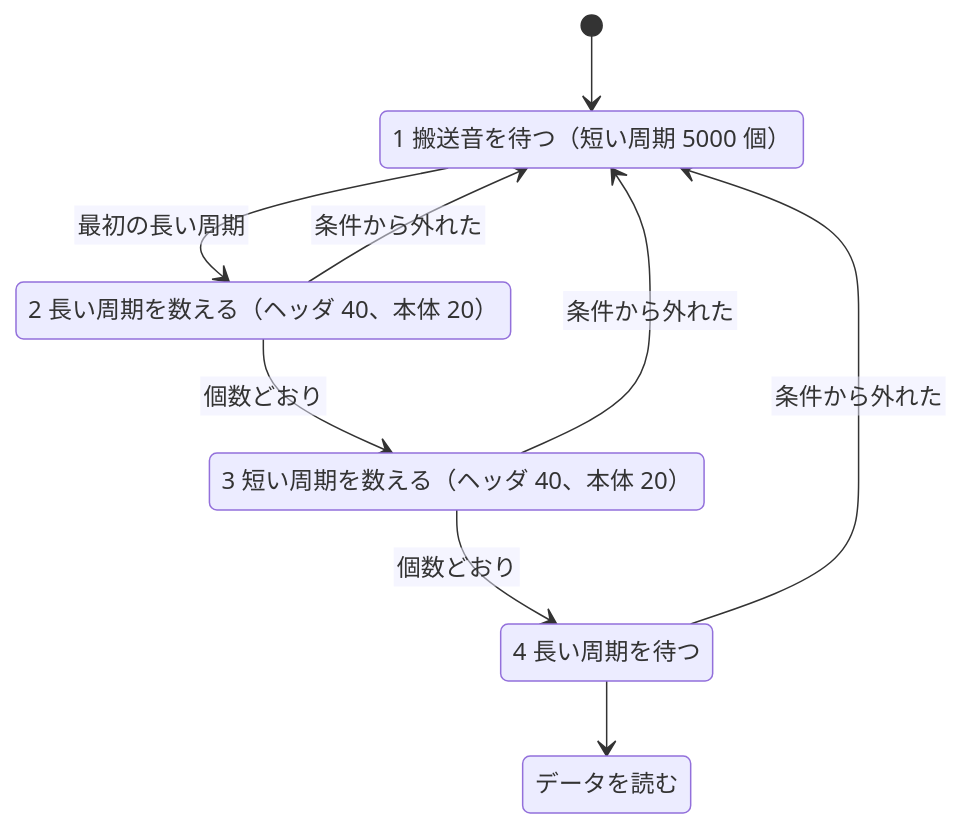
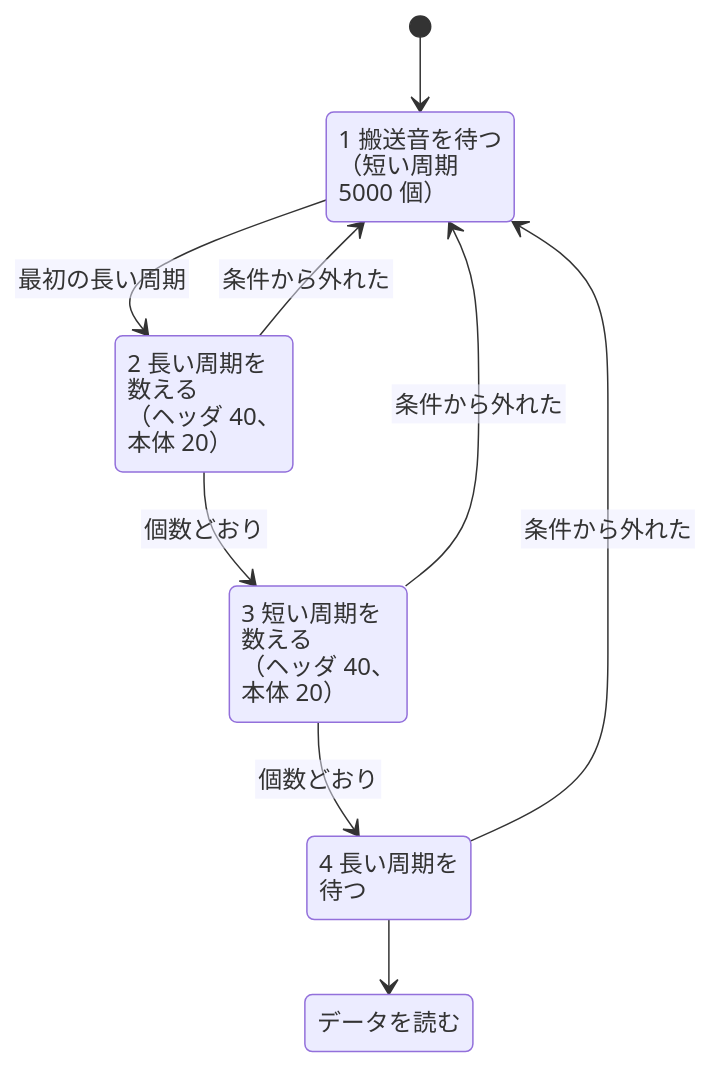
The second of 3 diagrams in docs/analysis/06_PORT_11PIN.md (litchi-gh/pc-e500_tools), drawn with Mermaid before and after one commit. The commit also changed 14 other files, not shown here.

First line of the commit message:
Docs: wrap state diagram and timeline labels by hand

````diff
--- a/docs/analysis/06_PORT_11PIN.md
+++ b/docs/analysis/06_PORT_11PIN.md
@@ -285,17 +285,17 @@
 ```mermaid
 %%{init: {"htmlLabels": false, "flowchart": {"htmlLabels": false, "wrappingWidth": 1000}}}%%
 stateDiagram-v2
-    C: 1 搬送音を待つ（短い周期 5000 個）
-    L: 2 長い周期を数える（ヘッダ 40、本体 20）
-    S: 3 短い周期を数える（ヘッダ 40、本体 20）
-    E: 4 長い周期を待つ
+    C: 1 搬送音を待つ<br>（短い周期<br>5000 個）
+    L: 2 長い周期を<br>数える<br>（ヘッダ 40、<br>本体 20）
+    S: 3 短い周期を<br>数える<br>（ヘッダ 40、<br>本体 20）
+    E: 4 長い周期を<br>待つ
     D: データを読む
     [*] --> C
     C --> L: 最初の長い周期
     L --> S: 個数どおり
     S --> E: 個数どおり
     E --> D
     L --> C: 条件から外れた
     S --> C: 条件から外れた
     E --> C: 条件から外れた
 ```
````
